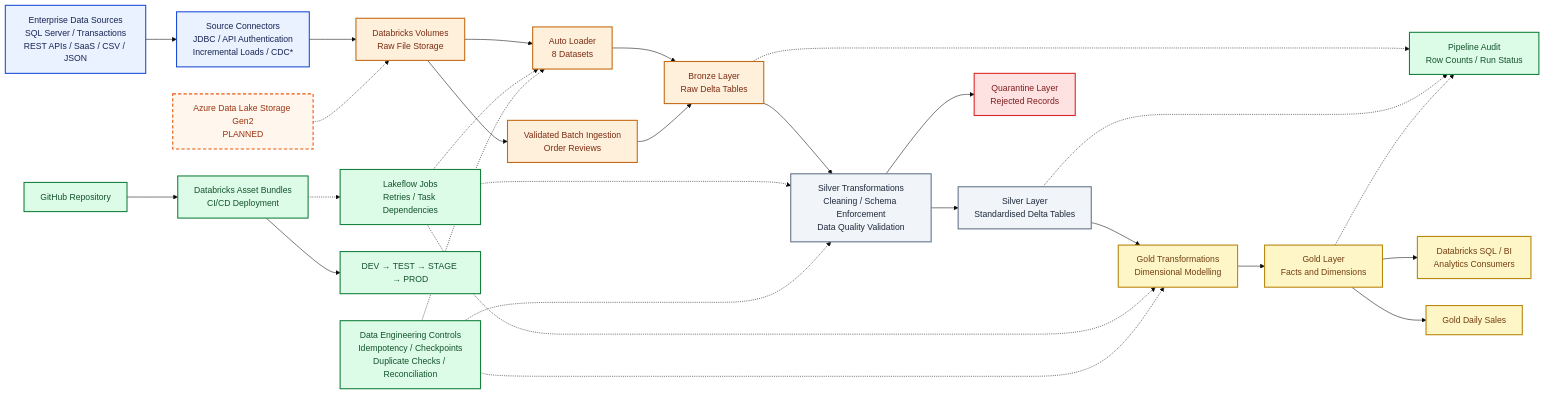
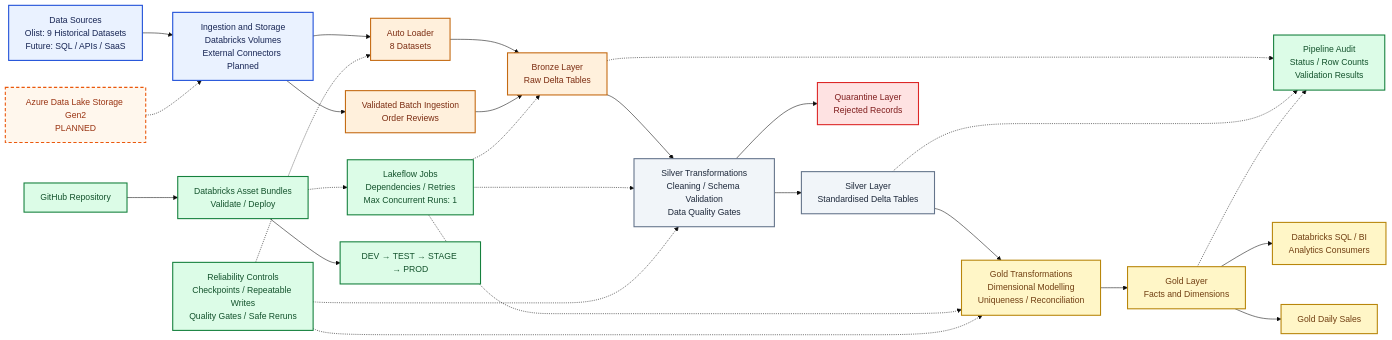
The first of 2 diagrams in README.md (fay-cloud/databricks-ecommerce-lakehouse), drawn with Mermaid (base theme) before and after one commit. The commit also changed other lines of this file, not shown here.

````diff
--- a/README.md
+++ b/README.md
@@ -7,55 +7,52 @@
 ```mermaid
 flowchart LR
-    A["Enterprise Data Sources<br/>SQL Server / Transactions<br/>REST APIs / SaaS / CSV / JSON"] --> B["Source Connectors<br/>JDBC / API Authentication<br/>Incremental Loads / CDC*"]
-    B --> C["Databricks Volumes<br/>Raw File Storage"]
-    Q["Azure Data Lake Storage Gen2<br/>PLANNED"] -.-> C
+    A["Data Sources<br/>Olist: 9 Historical Datasets<br/>Future: SQL / APIs / SaaS"] --> B["Ingestion and Storage<br/>Databricks Volumes<br/>External Connectors Planned"]
+    B --> C["Auto Loader<br/>8 Datasets"]
+    B --> D["Validated Batch Ingestion<br/>Order Reviews"]
 
-    C --> D["Auto Loader<br/>8 Datasets"]
-    C --> E["Validated Batch Ingestion<br/>Order Reviews"]
+    C --> E["Bronze Layer<br/>Raw Delta Tables"]
+    D --> E
 
-    D --> F["Bronze Layer<br/>Raw Delta Tables"]
-    E --> F
+    E --> F["Silver Transformations<br/>Cleaning / Schema Validation<br/>Data Quality Gates"]
+    F --> G["Silver Layer<br/>Standardised Delta Tables"]
+    F --> H["Quarantine Layer<br/>Rejected Records"]
 
-    F --> G["Silver Transformations<br/>Cleaning / Schema Enforcement<br/>Data Quality Validation"]
+    G --> I["Gold Transformations<br/>Dimensional Modelling<br/>Uniqueness / Reconciliation"]
+    I --> J["Gold Layer<br/>Facts and Dimensions"]
+    J --> K["Gold Daily Sales"]
+    J --> L["Databricks SQL / BI<br/>Analytics Consumers"]
 
-    G --> H["Silver Layer<br/>Standardised Delta Tables"]
-    G --> I["Quarantine Layer<br/>Rejected Records"]
+    M["Lakeflow Jobs<br/>Dependencies / Retries<br/>Max Concurrent Runs: 1"] -.-> E
+    M -.-> F
+    M -.-> I
 
-    H --> J["Gold Transformations<br/>Dimensional Modelling"]
+    E -.-> N["Pipeline Audit<br/>Status / Row Counts<br/>Validation Results"]
+    G -.-> N
+    J -.-> N
 
-    J --> K["Gold Layer<br/>Facts and Dimensions"]
-    K --> L["Gold Daily Sales"]
-    K --> M["Databricks SQL / BI<br/>Analytics Consumers"]
+    O["GitHub Repository"] --> P["Databricks Asset Bundles<br/>Validate / Deploy"]
+    P --> Q["DEV → TEST → STAGE → PROD"]
+    P -.-> M
 
-    N["Lakeflow Jobs<br/>Retries / Task Dependencies"] -.-> D
-    N -.-> G
-    N -.-> J
+    R["Reliability Controls<br/>Checkpoints / Repeatable Writes<br/>Quality Gates / Safe Reruns"] -.-> C
+    R -.-> F
+    R -.-> I
 
-    F -.-> O["Pipeline Audit<br/>Row Counts / Run Status"]
-    H -.-> O
-    K -.-> O
-
-    P["GitHub Repository"] --> R["Databricks Asset Bundles<br/>CI/CD Deployment"]
-    R --> S["DEV → TEST → STAGE → PROD"]
-    R -.-> N
-
-    T["Data Engineering Controls<br/>Idempotency / Checkpoints<br/>Duplicate Checks / Reconciliation"] -.-> D
-    T -.-> G
-    T -.-> J
+    S["Azure Data Lake Storage Gen2<br/>PLANNED"] -.-> B
 
     classDef source fill:#eaf2ff,stroke:#1d4ed8,stroke-width:2px,color:#172554
     classDef bronze fill:#fff0dc,stroke:#c46a12,stroke-width:2px,color:#7c2d12
     classDef silver fill:#f1f5f9,stroke:#64748b,stroke-width:2px,color:#1e293b
     classDef gold fill:#fff6c7,stroke:#b8860b,stroke-width:2px,color:#713f12
     classDef quarantine fill:#fee2e2,stroke:#dc2626,stroke-width:2px,color:#7f1d1d
     classDef ops fill:#dcfce7,stroke:#15803d,stroke-width:2px,color:#14532d
     classDef planned fill:#fff7ed,stroke:#ea580c,stroke-width:2px,stroke-dasharray:6 4,color:#9a3412
 
     class A,B source
-    class C,D,E,F bronze
-    class G,H silver
-    class I quarantine
-    class J,K,L,M gold
-    class N,O,P,R,S,T ops
-    class Q planned
+    class C,D,E bronze
+    class F,G silver
+    class H quarantine
+    class I,J,K,L gold
+    class M,N,O,P,Q,R ops
+    class S planned
 ```
````
